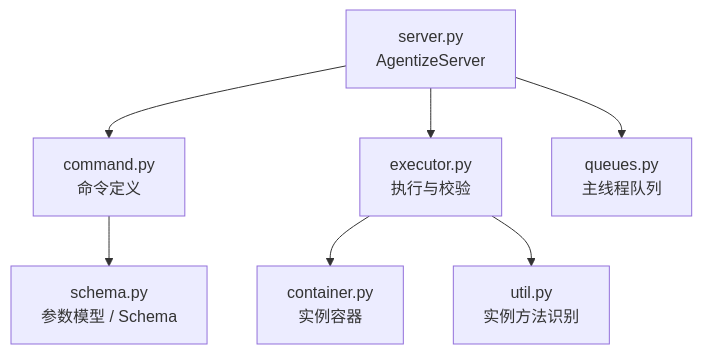
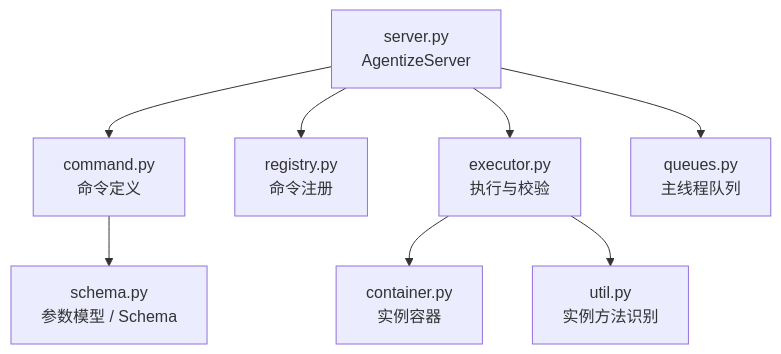
The diagram in docs/development.md (ewoaoo/agentize-bridge), drawn with Mermaid before and after one commit. The commit also changed other lines of this file and 13 other files, not shown here.

````diff
--- a/docs/development.md
+++ b/docs/development.md
@@ -21,9 +21,10 @@
 ```mermaid
 flowchart TD
     server["server.py<br/>AgentizeServer"] --> command["command.py<br/>命令定义"]
+    server --> registry["registry.py<br/>命令注册"]
     server --> executor["executor.py<br/>执行与校验"]
     server --> queues["queues.py<br/>主线程队列"]
     command --> schema["schema.py<br/>参数模型 / Schema"]
     executor --> container["container.py<br/>实例容器"]
     executor --> util["util.py<br/>实例方法识别"]
 ```
````
